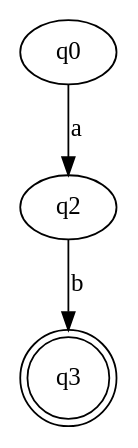
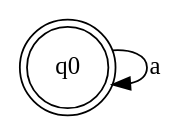
The diagram in labs/lab1/fsm.gv (Blackbackofficial/Compiler_Objc), drawn with Graphviz before and after one commit. The commit also changed 6 other files, not shown here.

```diff
--- a/labs/lab1/fsm.gv
+++ b/labs/lab1/fsm.gv
@@ -1,7 +1,4 @@
 digraph finite_state_machine {
-	q0
-	q2
-	q3 [shape=doublecircle]
-	q0 -> q2 [label=a]
-	q2 -> q3 [label=b]
+	q0 [shape=doublecircle]
+	q0 -> q0 [label=a]
 }
```
